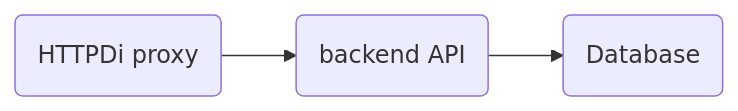
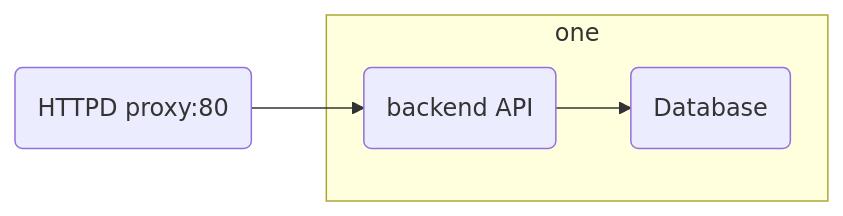
One commit to R3C-0N/devops changed the diagram in README.md. Above: the diagram before and after it, drawn with Mermaid.

Commit message:
mermaid update

````diff
--- a/README.md
+++ b/README.md
@@ -223,4 +223,10 @@
 ```mermaid
 flowchart LR
-a(HTTPDi proxy) --> b(backend API) --> c(Database)
+a(HTTPD proxy:80)
+
+subgraph one
+b(backend API) --> c(Database)
+end
+
+a --> b
 ```
````
